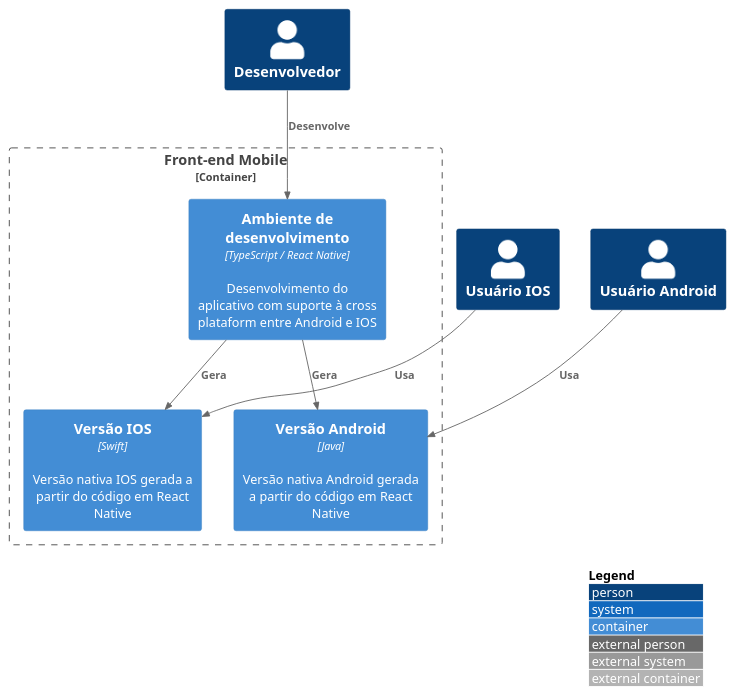
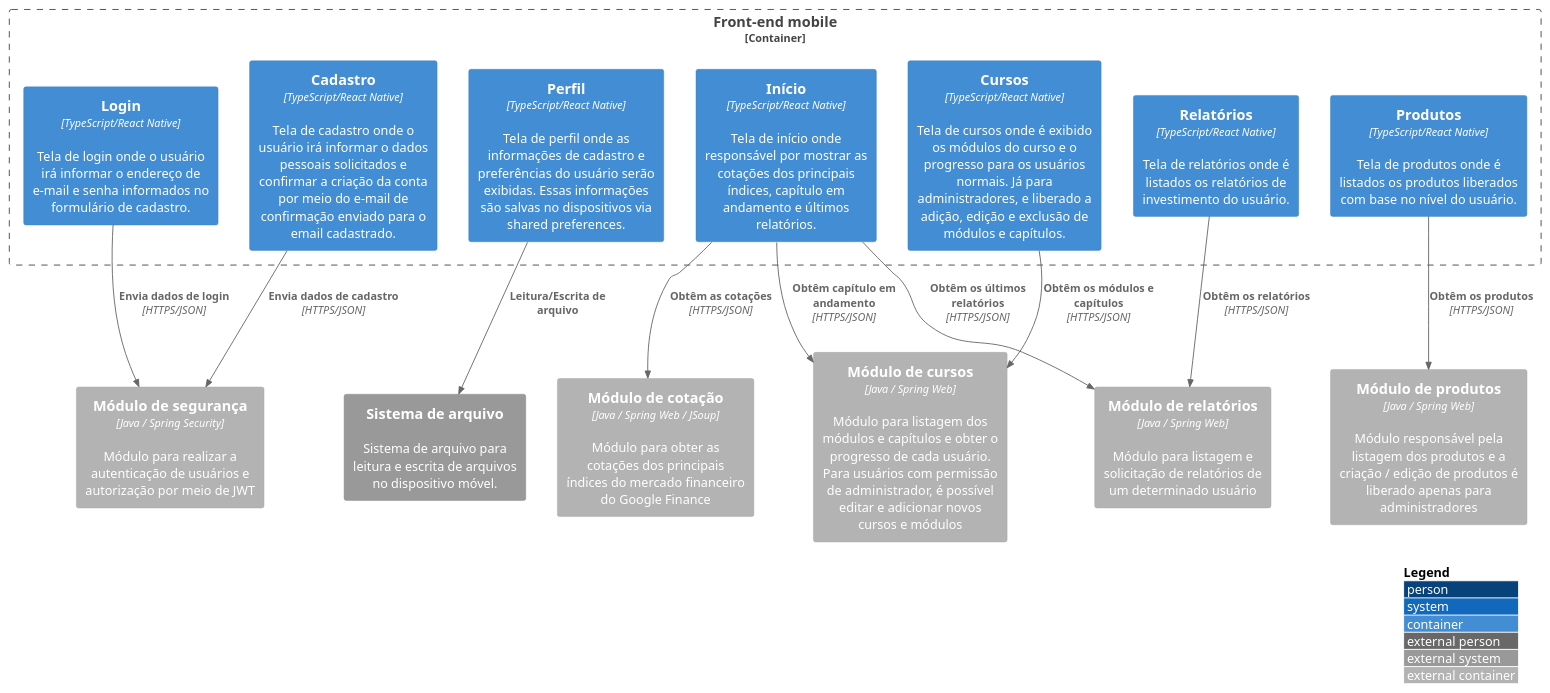
Before and after one commit to Open-3A/3A-c4-model: the diagram in c2-containers/front-end-mobile/front_end_mobile.puml, drawn with PlantUML.

Commit message:
fix(c2): remodel container level for front end mobile

```diff
--- a/c2-containers/front-end-mobile/front_end_mobile.puml
+++ b/c2-containers/front-end-mobile/front_end_mobile.puml
@@ -1,24 +1,34 @@
 @startuml Front-end Mobile
 
 !include https://raw.githubusercontent.com/adrianvlupu/C4-PlantUML/latest/C4_Container.puml
 
 LAYOUT_WITH_LEGEND()
 
-Person(developer, "Desenvolvedor")
+System_Ext(filesystem, "Sistema de arquivo", "Sistema de arquivo para leitura e escrita de arquivos no dispositivo móvel.")
+Container_Ext(security_module, "Módulo de segurança", "Java / Spring Security", "Módulo para realizar a autenticação de usuários e autorização por meio de JWT")
+Container_Ext(products_module, "Módulo de produtos", "Java / Spring Web", "Módulo responsável pela listagem dos produtos e a criação / edição de produtos é liberado apenas para administradores")
+Container_Ext(courses_module, "Módulo de cursos", "Java / Spring Web", "Módulo para listagem dos módulos e capítulos e obter o progresso de cada usuário. Para usuários com permissão de administrador, é possível editar e adicionar novos cursos e módulos")
+Container_Ext(reports_module, "Módulo de relatórios", "Java / Spring Web", "Módulo para listagem e solicitação de relatórios de um determinado usuário")
+Container_Ext(quotation_module, "Módulo de cotação", "Java / Spring Web / JSoup", "Módulo para obter as cotações dos principais índices do mercado financeiro do Google Finance")
 
-Person(ios_user, "Usuário IOS")
-Person(android_user, "Usuário Android")
-
-Container_Boundary(front_end_mobile, "Front-end Mobile"){
-  Container(development_environment, "Ambiente de desenvolvimento", "TypeScript / React Native", "Desenvolvimento do aplicativo com suporte à cross plataform entre Android e IOS")
-  Container(ios, "Versão IOS", "Swift", "Versão nativa IOS gerada a partir do código em React Native")
-  Container(android, "Versão Android", "Java", "Versão nativa Android gerada a partir do código em React Native")
+Container_Boundary(mobile, "Front-end mobile"){
+  Container(login, "Login", "TypeScript/React Native", "Tela de login onde o usuário irá informar o endereço de e-mail e senha informados no formulário de cadastro.")
+  Container(sigup, "Cadastro", "TypeScript/React Native", "Tela de cadastro onde o usuário irá informar o dados pessoais solicitados e confirmar a criação da conta por meio do e-mail de confirmação enviado para o email cadastrado.")
+  Container(profile, "Perfil", "TypeScript/React Native", "Tela de perfil onde as informações de cadastro e preferências do usuário serão exibidas. Essas informações são salvas no dispositivos via shared preferences.")
+  Container(home, "Início", "TypeScript/React Native", "Tela de início onde responsável por mostrar as cotações dos principais índices, capítulo em andamento e últimos relatórios.")
+  Container(course, "Cursos", "TypeScript/React Native", "Tela de cursos onde é exibido os módulos do curso e o progresso para os usuários normais. Já para administradores, e liberado a adição, edição e exclusão de módulos e capítulos.")
+  Container(report, "Relatórios", "TypeScript/React Native", "Tela de relatórios onde é listados os relatórios de investimento do usuário.")
+  Container(product, "Produtos", "TypeScript/React Native", "Tela de produtos onde é listados os produtos liberados com base no nível do usuário.")
 }
 
-Rel(developer, development_environment, "Desenvolve")
-Rel(development_environment, ios, "Gera")
-Rel(development_environment, android, "Gera")
-Rel(ios_user, ios, "Usa")
-Rel(android_user, android, "Usa")
+Rel(login, security_module, "Envia dados de login", "HTTPS/JSON")
+Rel(sigup, security_module, "Envia dados de cadastro", "HTTPS/JSON")
+Rel(profile, filesystem, "Leitura/Escrita de arquivo")
+Rel(home, quotation_module, "Obtêm as cotações", "HTTPS/JSON")
+Rel(home, courses_module, "Obtêm capítulo em andamento", "HTTPS/JSON")
+Rel(home, reports_module, "Obtêm os últimos relatórios", "HTTPS/JSON")
+Rel(course, courses_module, "Obtêm os módulos e capítulos", "HTTPS/JSON")
+Rel(report, reports_module, "Obtêm os relatórios", "HTTPS/JSON")
+Rel(product, products_module, "Obtêm os produtos", "HTTPS/JSON")
 
 @enduml
```
